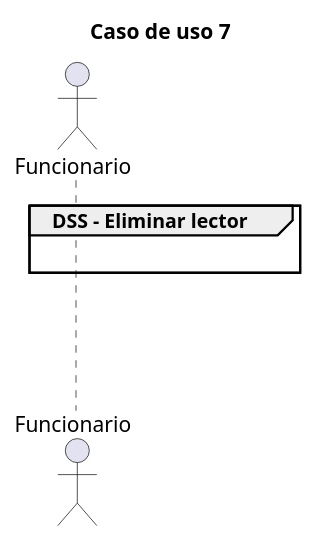
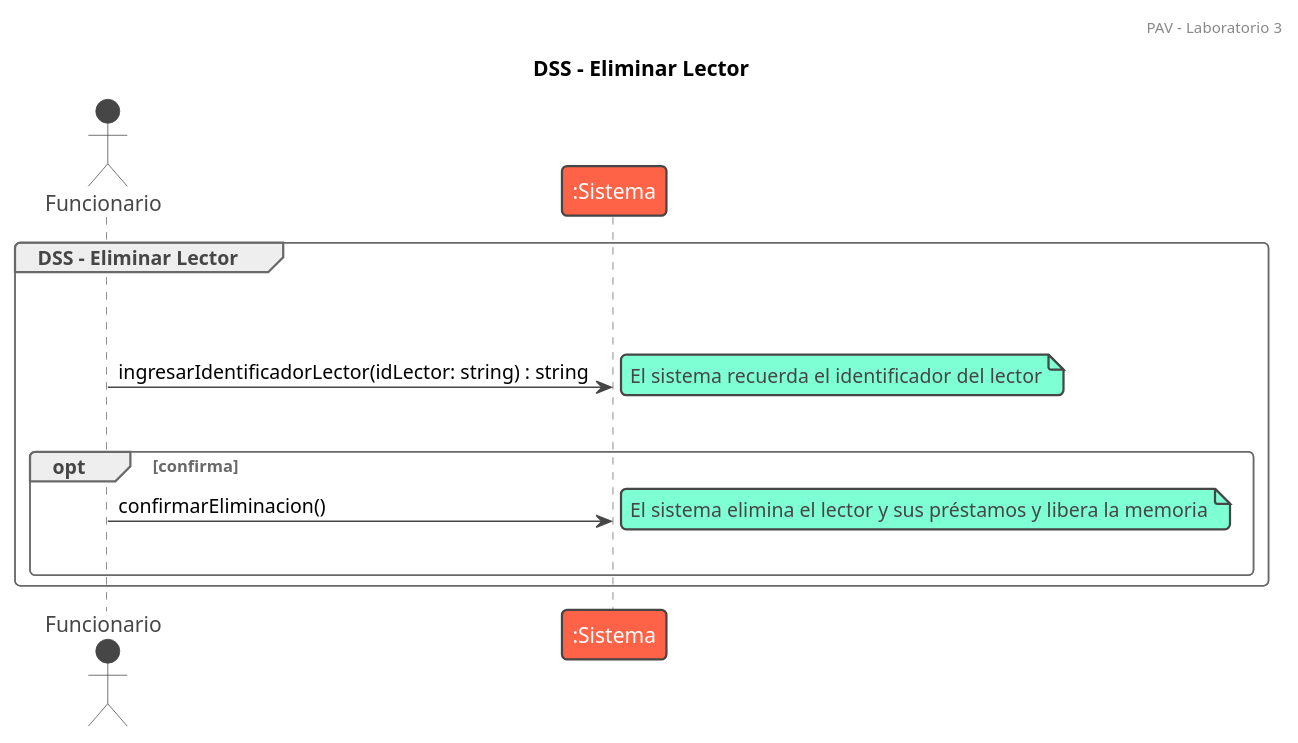
Before and after one commit to sigmaxevious/PlantUML-Laboratorio3: the diagram in Archivos/11-eliminarLector.plantuml, drawn with PlantUML. The commit also changed 4 other files, not shown here.

Commit message:
Refactor PlantUML diagrams for use cases: eliminar lector, registrar material, consultar préstamos, and puntuar material; update titles, add themes, and enhance actor interactions.

```diff
--- a/Archivos/11-eliminarLector.plantuml
+++ b/Archivos/11-eliminarLector.plantuml
@@ -1,21 +1,29 @@
-@startuml
+@startuml eliminarLector
 /' El caso de uso comienza cuando un funcionario, que previamente ha iniciado
 sesión, desea eliminar un lector del sistema. Para ello, el sistema solicita el
 identificador del lector y luego muestra su nombre. A continuación, el sistema
 solicita confirmación de la operación. Si el funcionario confirma, el sistema
 elimina al lector junto con sus préstamos asociados.'/
 
+!theme vibrant
+header PAV - Laboratorio 3
 
-title Caso de uso 7
+title DSS - Eliminar Lector
 
-group DSS - Eliminar lector
-Actor Funcionario
+group DSS - Eliminar Lector
+|||
+actor Funcionario
 |||
 
+Funcionario -> ":Sistema" : ingresarIdentificadorLector(idLector: string) : string
+note right: El sistema recuerda el identificador del lector
+|||
+
+opt confirma
+    Funcionario -> ":Sistema" : confirmarEliminacion()
+    note right: El sistema elimina el lector y sus préstamos y libera la memoria
+    |||
+end
 
 end
-|||
-|||
-|||
-
 @enduml
```
